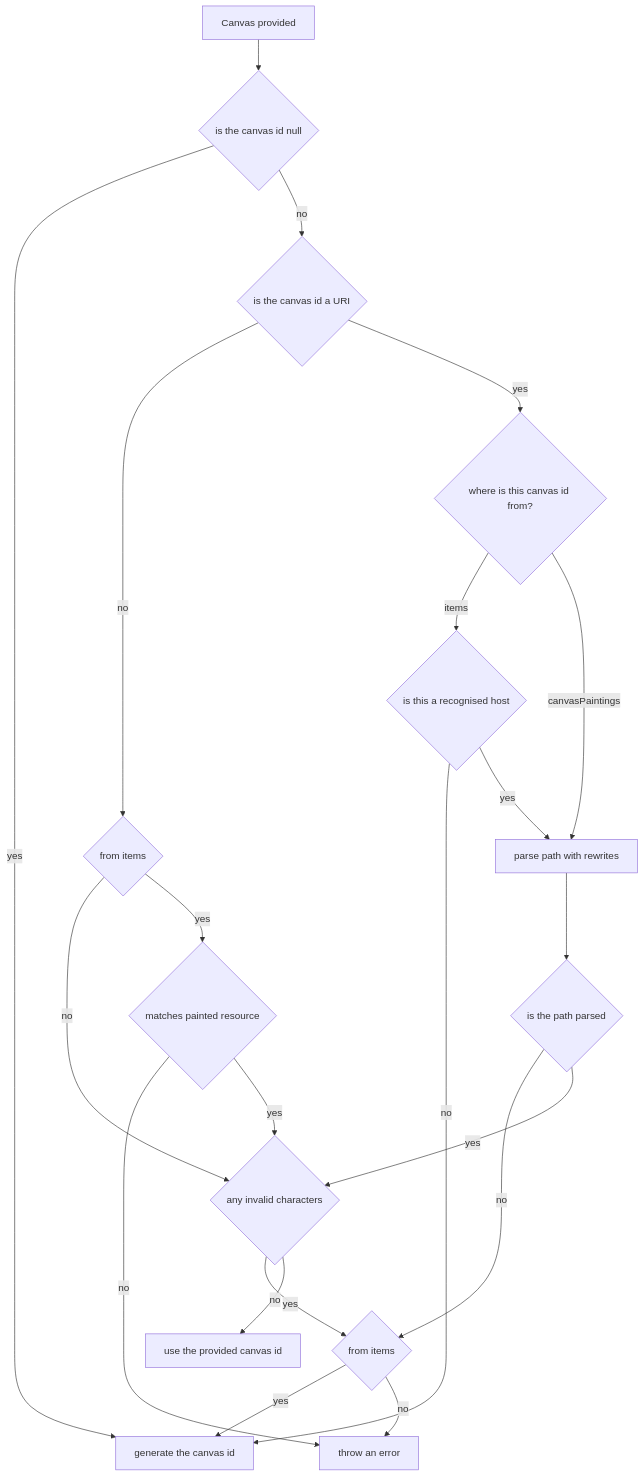
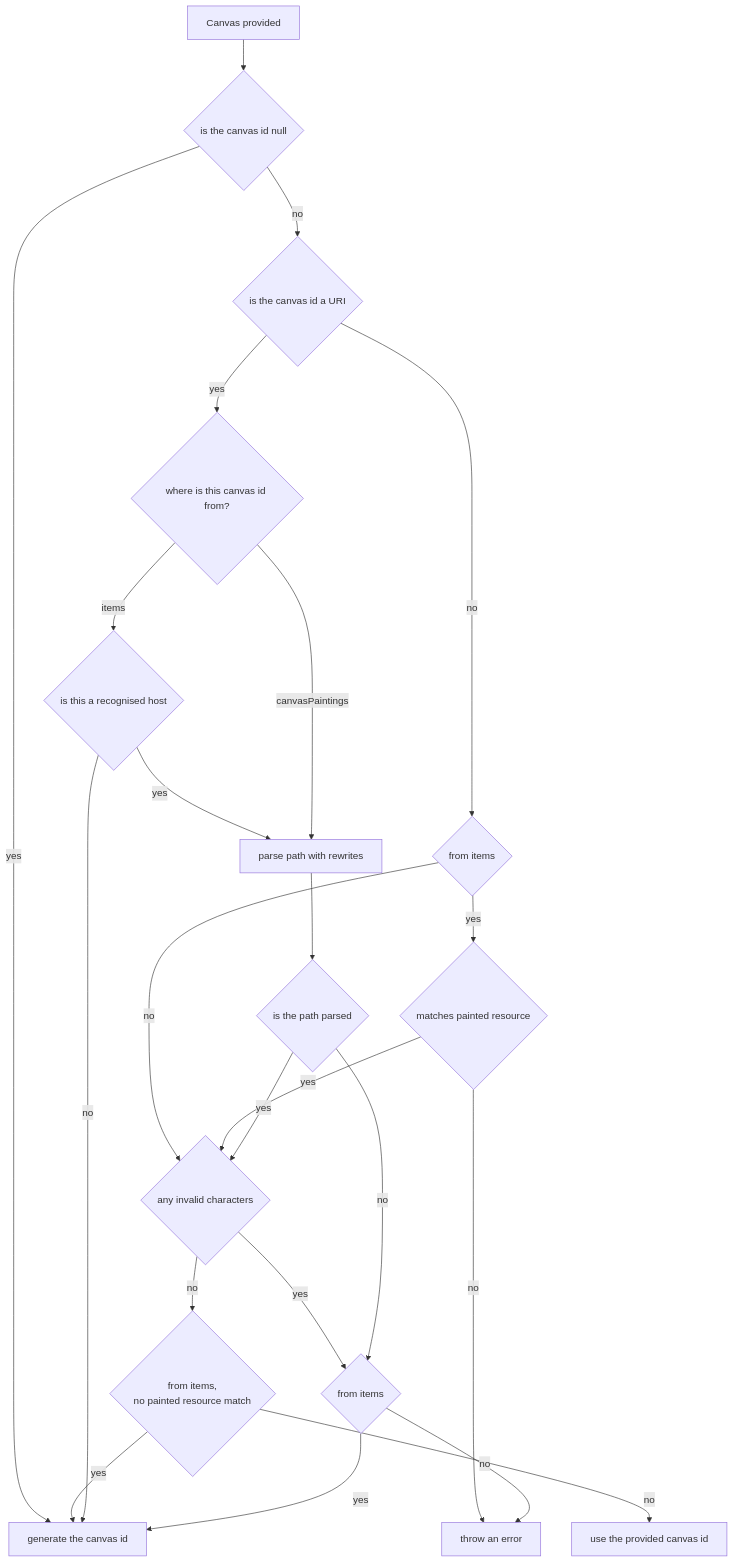
One commit to dlcs/iiif-presentation changed the diagram in docs/notes/canvas-id-parsing.md. Above: the diagram before and after it, drawn with Mermaid.

Commit message:
update the flowchart

````diff
--- a/docs/notes/canvas-id-parsing.md
+++ b/docs/notes/canvas-id-parsing.md
@@ -21,38 +21,41 @@
 ```mermaid
 flowchart TD
     first[Canvas provided]
     second{is the canvas id null}
     third[generate the canvas id]
     fourth{is the canvas id a URI}
     fifth{any invalid characters}
     sixth[use the provided canvas id]
     seventh{where is this canvas id from?}
     eighth{is this a recognised host}
     ninth[parse path with rewrites]
     tenth{is the path parsed}
     eleventh{from items}
     twelfth[throw an error]
     thirteenth{from items}
     fourteenth{matches painted resource}
+    fifteenth{from items, <br> no painted resource match}
 
     first --> second
     second -- yes --> third
     second -- no --> fourth
     fourth -- no --> thirteenth
     thirteenth -- no --> fifth
     thirteenth -- yes --> fourteenth
     fourteenth -- no --> twelfth
     fourteenth -- yes --> fifth
     fifth -- yes --> eleventh
-    fifth -- no --> sixth
+    fifth -- no --> fifteenth
+    fifteenth -- yes --> third
+    fifteenth -- no --> sixth
     fourth -- yes --> seventh
     seventh -- items --> eighth
     eighth -- no --> third
     eighth -- yes --> ninth
     seventh -- canvasPaintings --> ninth
     ninth --> tenth
     tenth -- no --> eleventh
     tenth -- yes --> fifth
     eleventh -- yes --> third
     eleventh -- no --> twelfth
 ```
````
